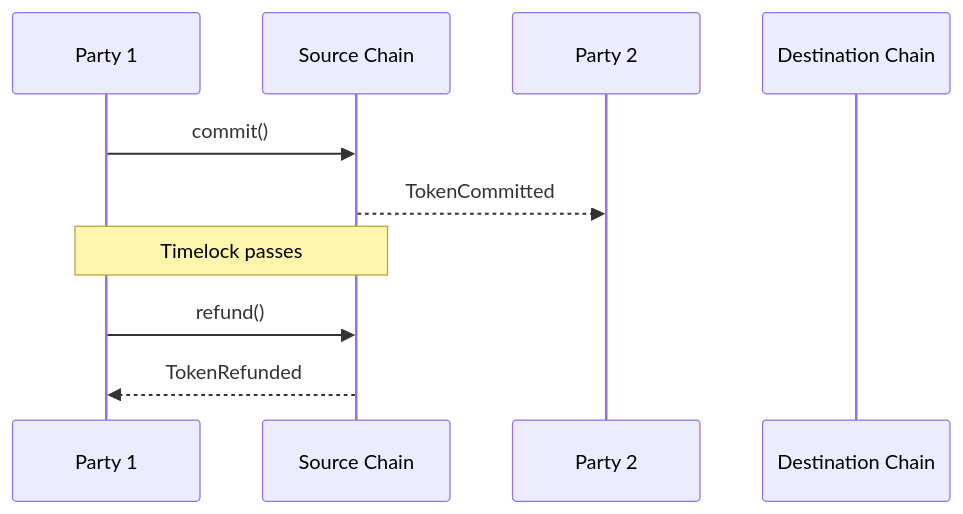
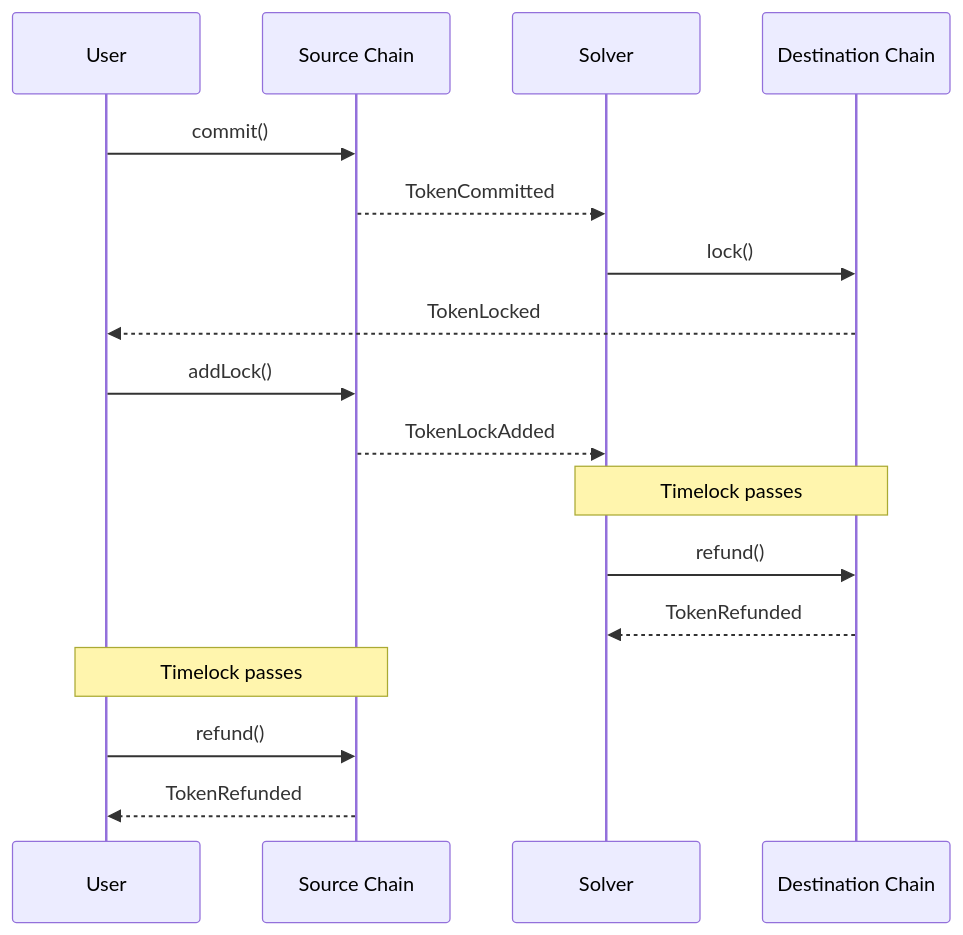
Before and after one commit to TrainProtocol/docs: the fourth of 4 diagrams in protocol-spec/edge-cases.mdx, drawn with Mermaid. The commit also changed other lines of this file and 1 other file, not shown here.

````diff
--- a/protocol-spec/edge-cases.mdx
+++ b/protocol-spec/edge-cases.mdx
@@ -85,15 +92,21 @@
 ```mermaid
 sequenceDiagram
-    participant P1 as Party 1
+    participant P1 as User
     participant SC as Source Chain
-    participant P2 as Party 2
+    participant P2 as Solver
     participant DC as Destination Chain
 
 	
     P1->>SC: commit()
     SC-->>P2: TokenCommitted
-    
-    Note over P1,SC: Timelock passes
+    P2->>DC: lock()
+    DC-->>P1: TokenLocked
+    P1->>SC: addLock()
+    SC-->>P2: TokenLockAdded
+    Note over P2,DC: Timelock passes
+    P2->>DC: refund()
+	  DC-->>P2: TokenRefunded
+	  Note over P1,SC: Timelock passes
     P1->>SC: refund()
     SC-->>P1: TokenRefunded
 ```
````
